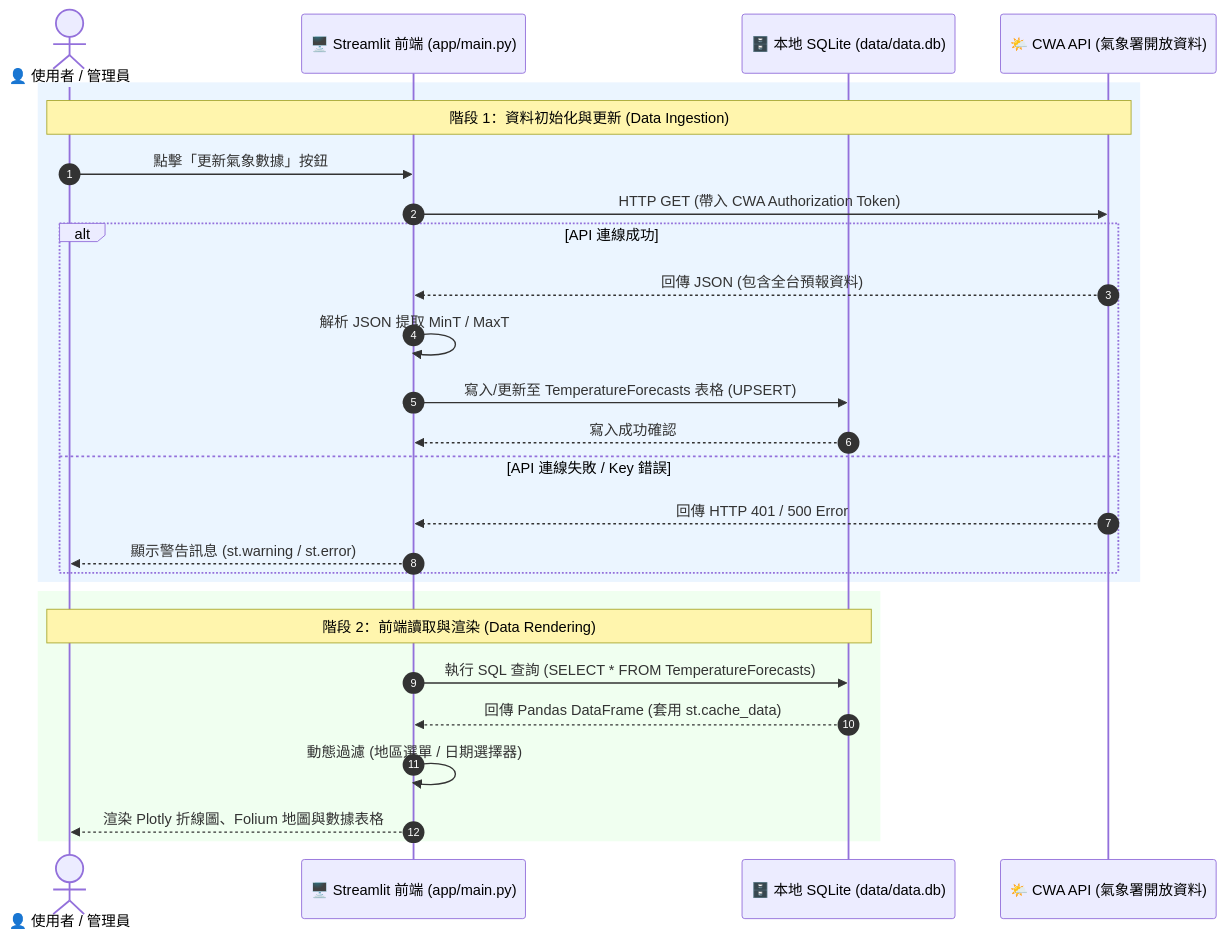
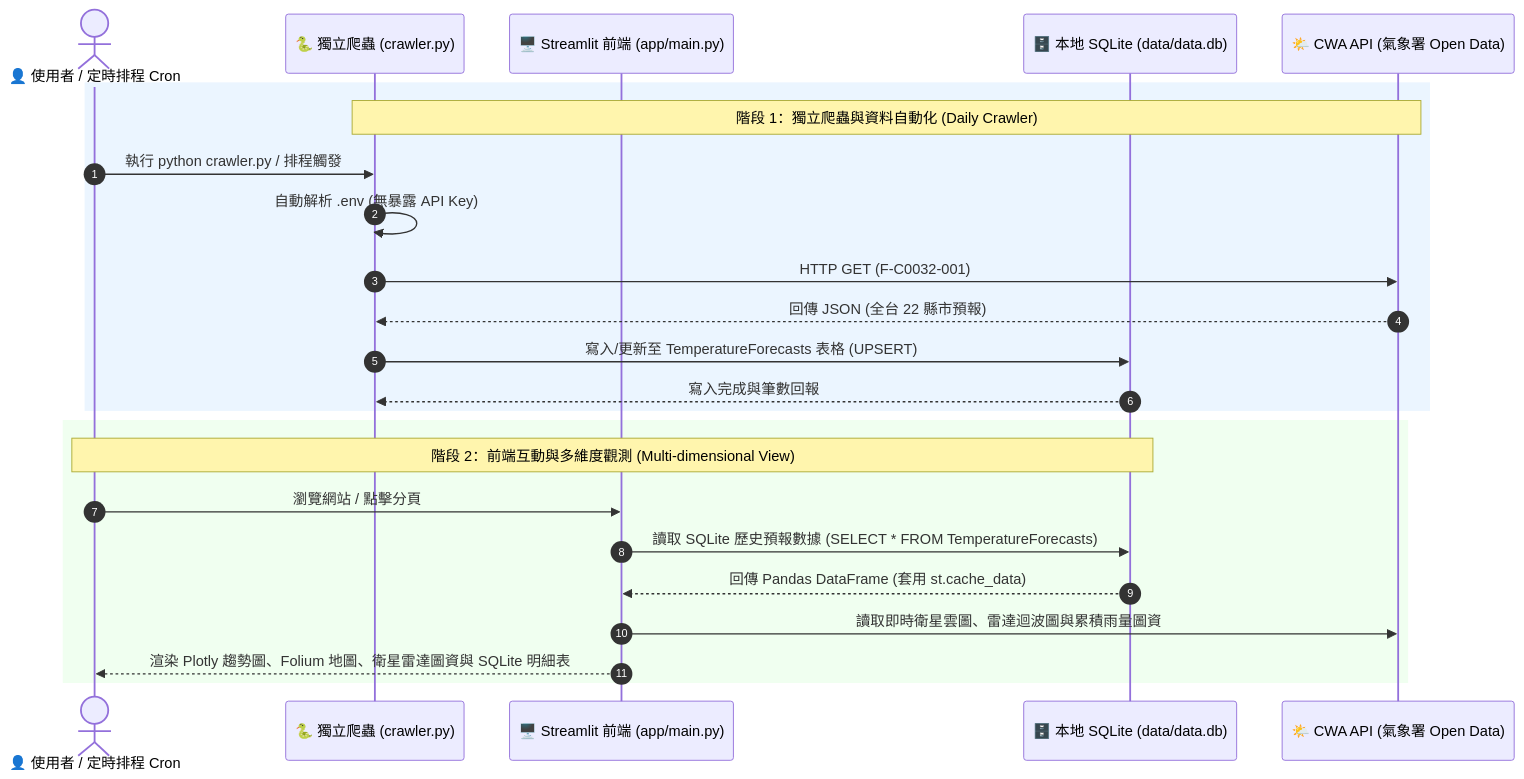
One commit to dennis6651259-hub/0923 changed the diagram in workflow.md. Above: the diagram before and after it, drawn with Mermaid. The commit also changed other lines of this file and 4 other files, not shown here.

Commit message:
feat: 新增獨立每日爬蟲 crawler.py、衛星與雷達雨量圖資頁面，隱藏 API Key 顯示

````diff
--- a/workflow.md
+++ b/workflow.md
@@ -12,31 +12,28 @@
 ```mermaid
 sequenceDiagram
     autonumber
-    actor User as 👤 使用者 / 管理員
+    actor User as 👤 使用者 / 定時排程 Cron
+    participant Crawler as 🐍 獨立爬蟲 (crawler.py)
     participant UI as 🖥️ Streamlit 前端 (app/main.py)
     participant DB as 🗄️ 本地 SQLite (data/data.db)
-    participant API as 🌤️ CWA API (氣象署開放資料)
+    participant API as 🌤️ CWA API (氣象署 Open Data)
 
     rect rgb(235, 245, 255)
-        note over User, API: 階段 1：資料初始化與更新 (Data Ingestion)
-        User->>UI: 點擊「更新氣象數據」按鈕
-        UI->>API: HTTP GET (帶入 CWA Authorization Token)
-        alt API 連線成功
-            API-->>UI: 回傳 JSON (包含全台預報資料)
-            UI->>UI: 解析 JSON 提取 MinT / MaxT
-            UI->>DB: 寫入/更新至 TemperatureForecasts 表格 (UPSERT)
-            DB-->>UI: 寫入成功確認
-        else API 連線失敗 / Key 錯誤
-            API-->>UI: 回傳 HTTP 401 / 500 Error
-            UI-->>User: 顯示警告訊息 (st.warning / st.error)
-        end
+        note over Crawler, API: 階段 1：獨立爬蟲與資料自動化 (Daily Crawler)
+        User->>Crawler: 執行 python crawler.py / 排程觸發
+        Crawler->>Crawler: 自動解析 .env (無暴露 API Key)
+        Crawler->>API: HTTP GET (F-C0032-001)
+        API-->>Crawler: 回傳 JSON (全台 22 縣市預報)
+        Crawler->>DB: 寫入/更新至 TemperatureForecasts 表格 (UPSERT)
+        DB-->>Crawler: 寫入完成與筆數回報
     end
 
     rect rgb(240, 255, 240)
-        note over User, DB: 階段 2：前端讀取與渲染 (Data Rendering)
-        UI->>DB: 執行 SQL 查詢 (SELECT * FROM TemperatureForecasts)
+        note over User, DB: 階段 2：前端互動與多維度觀測 (Multi-dimensional View)
+        User->>UI: 瀏覽網站 / 點擊分頁
+        UI->>DB: 讀取 SQLite 歷史預報數據 (SELECT * FROM TemperatureForecasts)
         DB-->>UI: 回傳 Pandas DataFrame (套用 st.cache_data)
-        UI->>UI: 動態過濾 (地區選單 / 日期選擇器)
-        UI-->>User: 渲染 Plotly 折線圖、Folium 地圖與數據表格
+        UI->>API: 讀取即時衛星雲圖、雷達迴波圖與累積雨量圖資
+        UI-->>User: 渲染 Plotly 趨勢圖、Folium 地圖、衛星雷達圖資與 SQLite 明細表
     end
 ```
````
